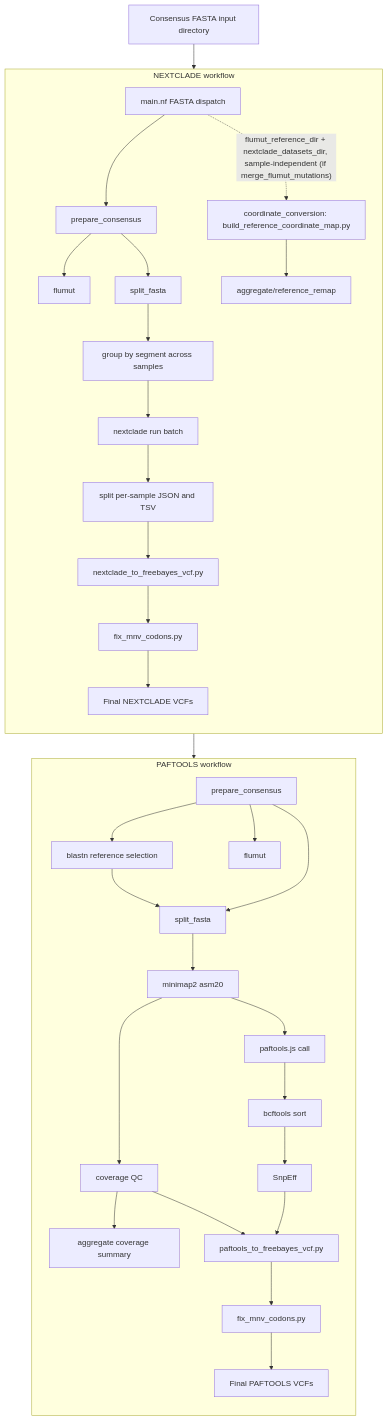
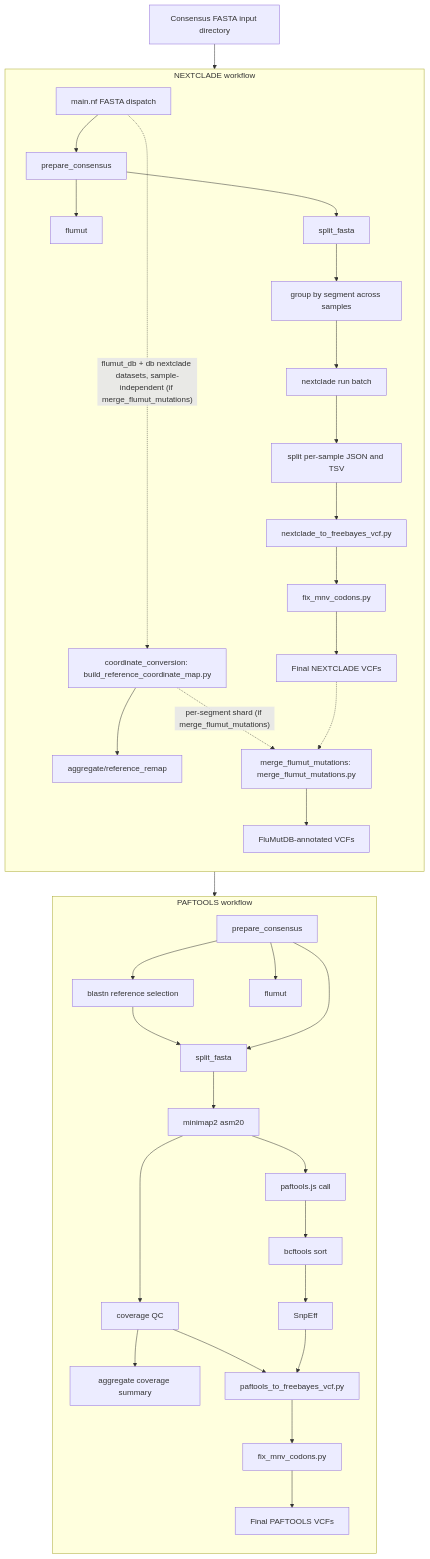
The diagram in README.md (BCCDC-PHL/fluscan-nf), drawn with Mermaid before and after one commit. The commit also changed other lines of this file and 34 other files, not shown here.

First line of the commit message:
Update optional flumut merge  (#16)

````diff
--- a/README.md
+++ b/README.md
@@ -44,67 +44,72 @@
 ```mermaid
 flowchart TD
     input[Consensus FASTA input directory]
     dispatch[main.nf FASTA dispatch]
 
     input --> dispatch
     dispatch --> paftools_prepare
     dispatch --> nextclade_prepare
 
     subgraph PAFTOOLS[PAFTOOLS workflow]
         direction TB
         paftools_prepare[prepare_consensus]
         paftools_flumut[flumut]
         blastn[blastn reference selection]
         split_ref[split_fasta]
         minimap[minimap2 asm20]
         covqc[coverage QC]
         covagg[aggregate coverage summary]
         paftools_call[paftools.js call]
         sortvcf[bcftools sort]
         snpeff[SnpEff]
         paf2fb[paftools_to_freebayes_vcf.py]
         fixmnv_paf[fix_mnv_codons.py]
         paf_final[Final PAFTOOLS VCFs]
 
         paftools_prepare --> blastn
         paftools_prepare --> paftools_flumut
         paftools_prepare --> split_ref
         blastn --> split_ref
         split_ref --> minimap
         minimap --> covqc
         covqc --> covagg
         minimap --> paftools_call
         paftools_call --> sortvcf
         sortvcf --> snpeff
         snpeff --> paf2fb
         covqc --> paf2fb
         paf2fb --> fixmnv_paf
         fixmnv_paf --> paf_final
     end
 
     subgraph NEXTCLADE[NEXTCLADE workflow]
         direction TB
         nextclade_prepare[prepare_consensus]
         nextclade_flumut[flumut]
         split_consensus[split_fasta]
         groupseg[group by segment across samples]
         nc_run[nextclade run batch]
         split_results[split per-sample JSON and TSV]
         nc2vcf[nextclade_to_freebayes_vcf.py]
         fixmnv_nc[fix_mnv_codons.py]
         nc_final[Final NEXTCLADE VCFs]
         coord_map[coordinate_conversion: build_reference_coordinate_map.py]
         coord_final[aggregate/reference_remap]
+        flumut_merge[merge_flumut_mutations: merge_flumut_mutations.py]
+        flumut_merged[FluMutDB-annotated VCFs]
 
         nextclade_prepare --> nextclade_flumut
         nextclade_prepare --> split_consensus
         split_consensus --> groupseg
         groupseg --> nc_run
         nc_run --> split_results
         split_results --> nc2vcf
         nc2vcf --> fixmnv_nc
         fixmnv_nc --> nc_final
-        dispatch -.->|"flumut_reference_dir + nextclade_datasets_dir, sample-independent (if merge_flumut_mutations)"| coord_map
+        dispatch -.->|"flumut_db + db nextclade datasets, sample-independent (if merge_flumut_mutations)"| coord_map
         coord_map --> coord_final
+        coord_map -.->|"per-segment shard (if merge_flumut_mutations)"| flumut_merge
+        nc_final -.-> flumut_merge
+        flumut_merge --> flumut_merged
     end
 ```
````
